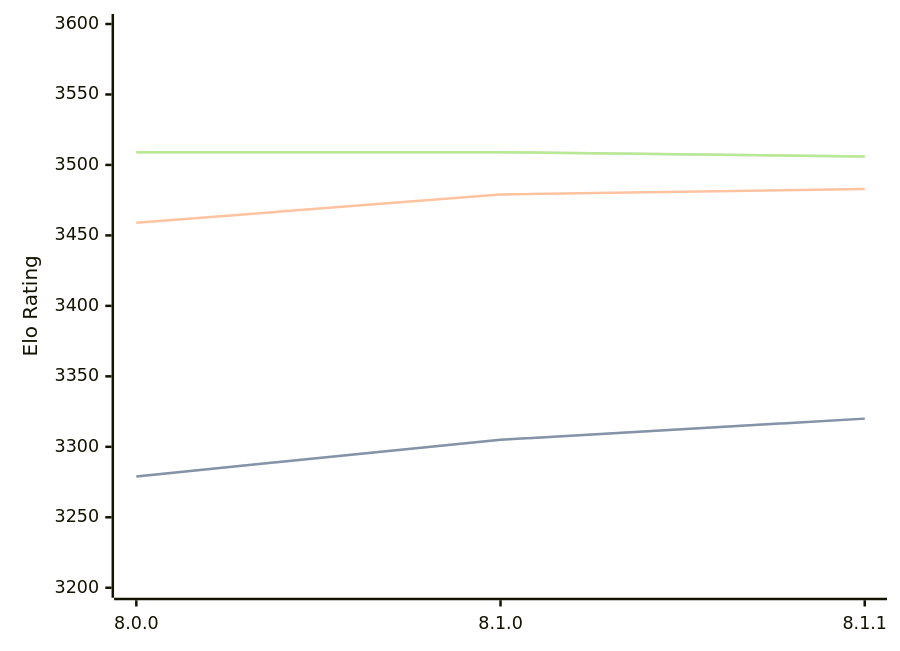
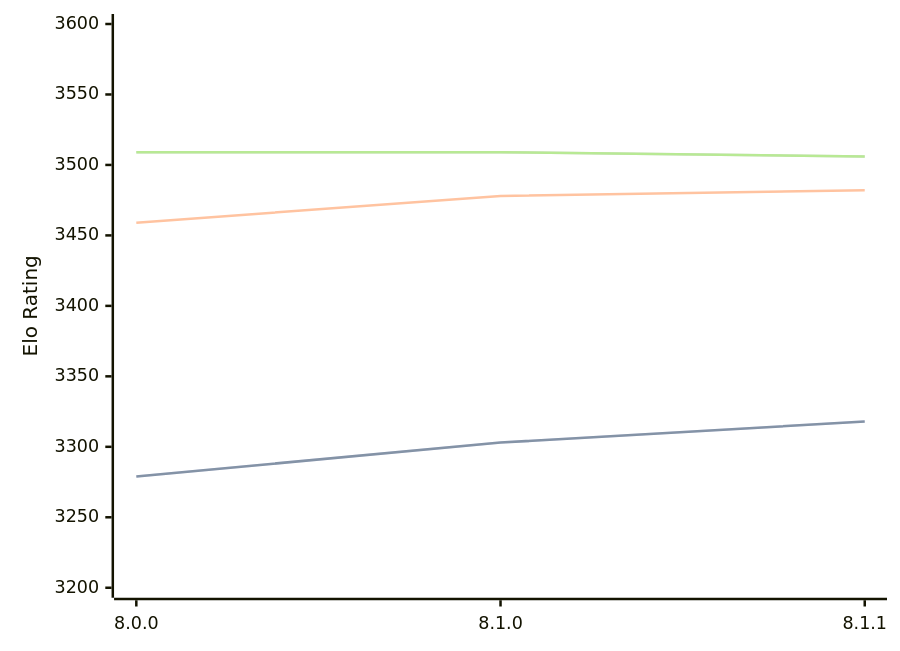
Before and after one commit to computer-chess-index/cci: the diagram in engines/Velvet.md, drawn with Mermaid. The commit also changed other lines of this file, not shown here.

Commit message:
Update CCI Ratings (ELO VLTC) - 2026-04-20

````diff
--- a/engines/Velvet.md
+++ b/engines/Velvet.md
@@ -57,11 +57,11 @@
 ```mermaid
 %%{init: {"theme":"base","themeVariables":{"seriesColors:['#a3a3a3','#222221','#faa371']}}}%%
 xychart-beta
   x-axis ["8.0.0", "8.1.0", "8.1.1"]
   y-axis "Elo Rating" 3200 --> 3600
-  line "STC (8.0+0.08s)" [3279, 3305, 3320]
-  line "STC (8.0+0.08s)" [3279, 3305, 3320]
-  line "LTC (60.0+0.60s)" [3459, 3479, 3483]
+  line "STC (8.0+0.08s)" [3279, 3303, 3318]
+  line "STC (8.0+0.08s)" [3279, 3303, 3318]
+  line "LTC (60.0+0.60s)" [3459, 3478, 3482]
   line "VLTC (2m24s+1.12s)" [3509, 3509, 3506]
   line "VLTC (2m24s+1.12s)" [3509, 3509, 3506]
 ```
````
